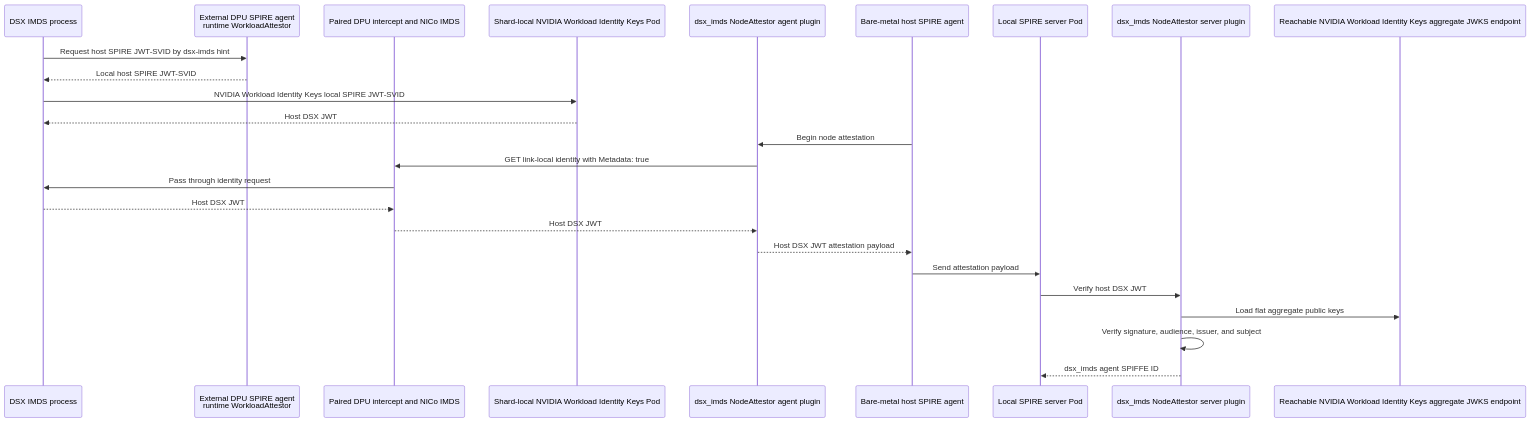
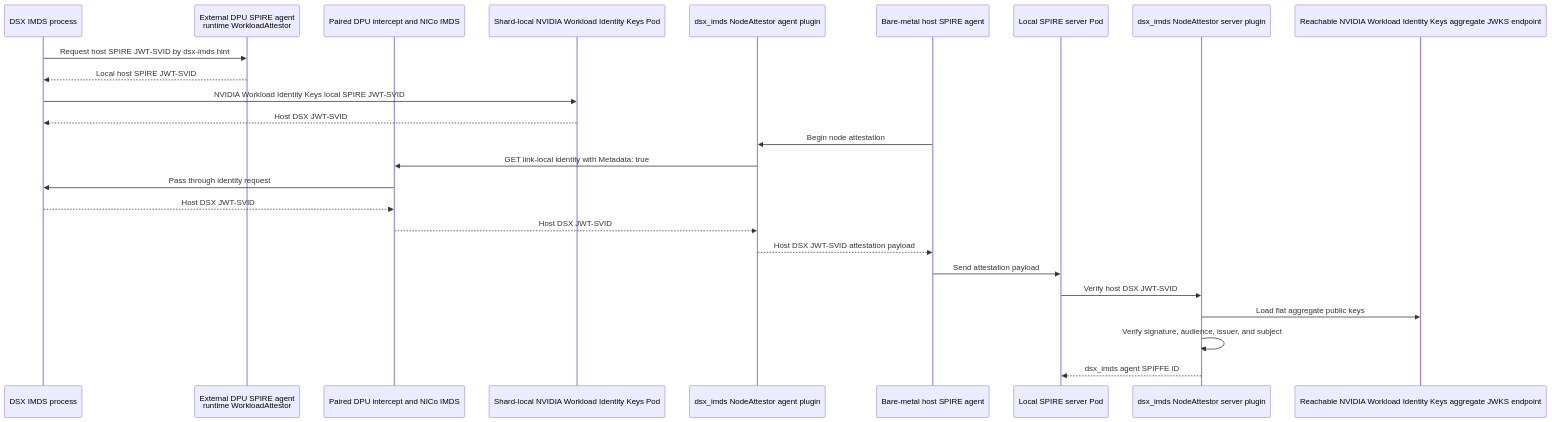
Before and after one commit to dsx-ai-factory/nvidia-workload-identity: the diagram in cmd/dsx-imds-node-attestor-server/README.md, drawn with Mermaid. The commit also changed other lines of this file and 21 other files, not shown here.

````diff
--- a/cmd/dsx-imds-node-attestor-server/README.md
+++ b/cmd/dsx-imds-node-attestor-server/README.md
@@ -7,27 +7,27 @@
 ```mermaid
 sequenceDiagram
     participant DI as DSX IMDS process
     participant DA as External DPU SPIRE agent<br/>runtime WorkloadAttestor
     participant NI as Paired DPU intercept and NICo IMDS
     participant EX as Shard-local NVIDIA Workload Identity Keys Pod
     participant AP as dsx_imds NodeAttestor agent plugin
     participant HA as Bare-metal host SPIRE agent
     participant SS as Local SPIRE server Pod
     participant SP as dsx_imds NodeAttestor server plugin
     participant JWKS as Reachable NVIDIA Workload Identity Keys aggregate JWKS endpoint
     DI->>DA: Request host SPIRE JWT-SVID by dsx-imds hint
     DA-->>DI: Local host SPIRE JWT-SVID
     DI->>EX: NVIDIA Workload Identity Keys local SPIRE JWT-SVID
-    EX-->>DI: Host DSX JWT
+    EX-->>DI: Host DSX JWT-SVID
     HA->>AP: Begin node attestation
     AP->>NI: GET link-local identity with Metadata: true
     NI->>DI: Pass through identity request
-    DI-->>NI: Host DSX JWT
-    NI-->>AP: Host DSX JWT
-    AP-->>HA: Host DSX JWT attestation payload
+    DI-->>NI: Host DSX JWT-SVID
+    NI-->>AP: Host DSX JWT-SVID
+    AP-->>HA: Host DSX JWT-SVID attestation payload
     HA->>SS: Send attestation payload
-    SS->>SP: Verify host DSX JWT
+    SS->>SP: Verify host DSX JWT-SVID
     SP->>JWKS: Load flat aggregate public keys
     SP->>SP: Verify signature, audience, issuer, and subject
     SP-->>SS: dsx_imds agent SPIFFE ID
 ```
````
